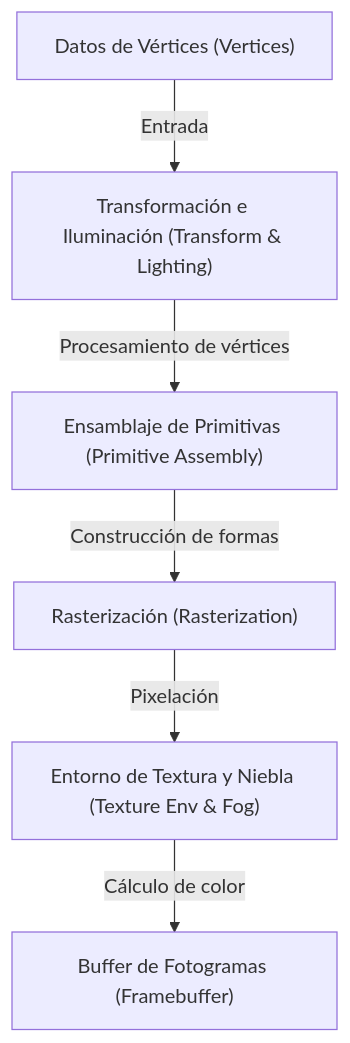
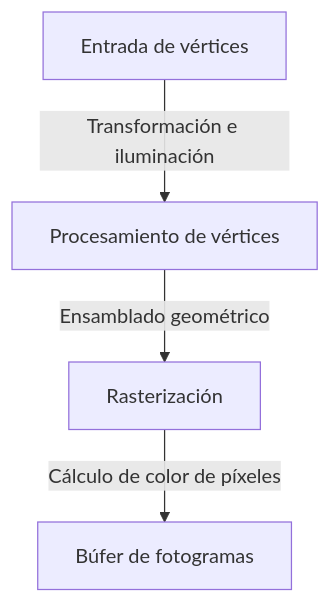
Before and after one commit to kenjinote/blog: the first of 2 diagrams in content/post/opengl-basics-and-history/index.es.md, drawn with Mermaid. The commit also changed other lines of this file and 129 other files, not shown here.

````diff
--- a/content/post/opengl-basics-and-history/index.es.md
+++ b/content/post/opengl-basics-and-history/index.es.md
@@ -41,15 +35,6 @@
 ```mermaid
 graph TD
-    A["Datos de Vértices (Vertices)"]
-    B["Transformación e Iluminación (Transform & Lighting)"]
-    C["Ensamblaje de Primitivas (Primitive Assembly)"]
-    D["Rasterización (Rasterization)"]
-    E["Entorno de Textura y Niebla (Texture Env & Fog)"]
-    F["Buffer de Fotogramas (Framebuffer)"]
-
-    A -- "Entrada" --> B
-    B -- "Procesamiento de vértices" --> C
-    C -- "Construcción de formas" --> D
-    D -- "Pixelación" --> E
-    E -- "Cálculo de color" --> F
+    A["Entrada de vértices"] -- "Transformación e iluminación" --> B["Procesamiento de vértices"]
+    B -- "Ensamblado geométrico" --> C["Rasterización"]
+    C -- "Cálculo de color de píxeles" --> D["Búfer de fotogramas"]
 ```
````
